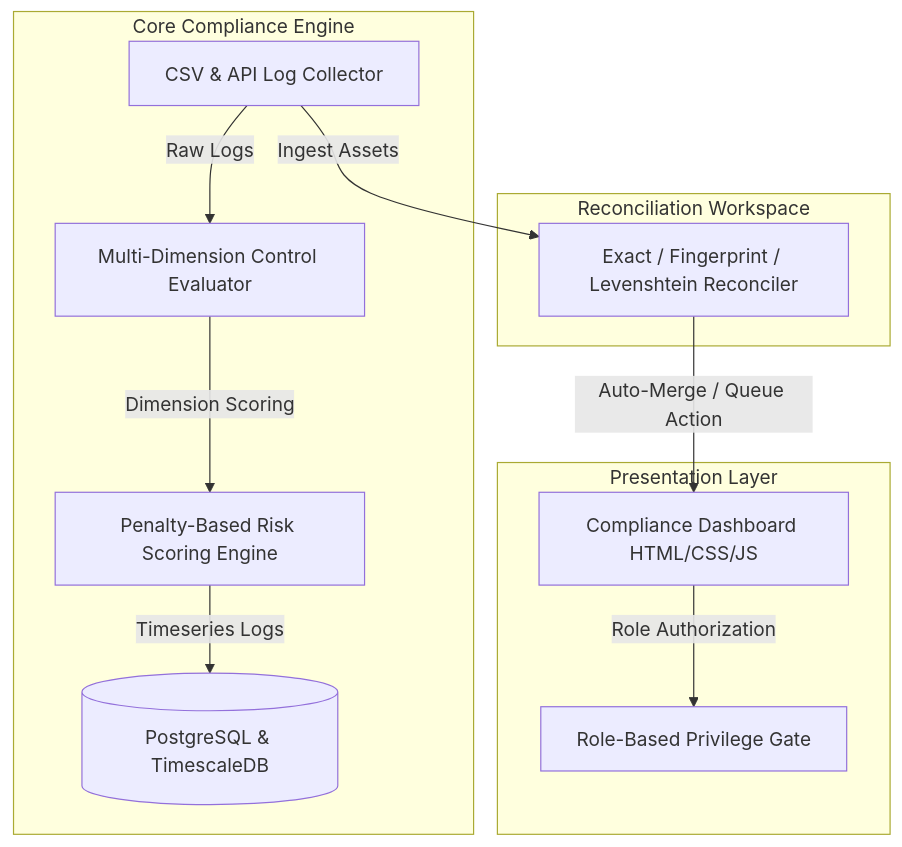
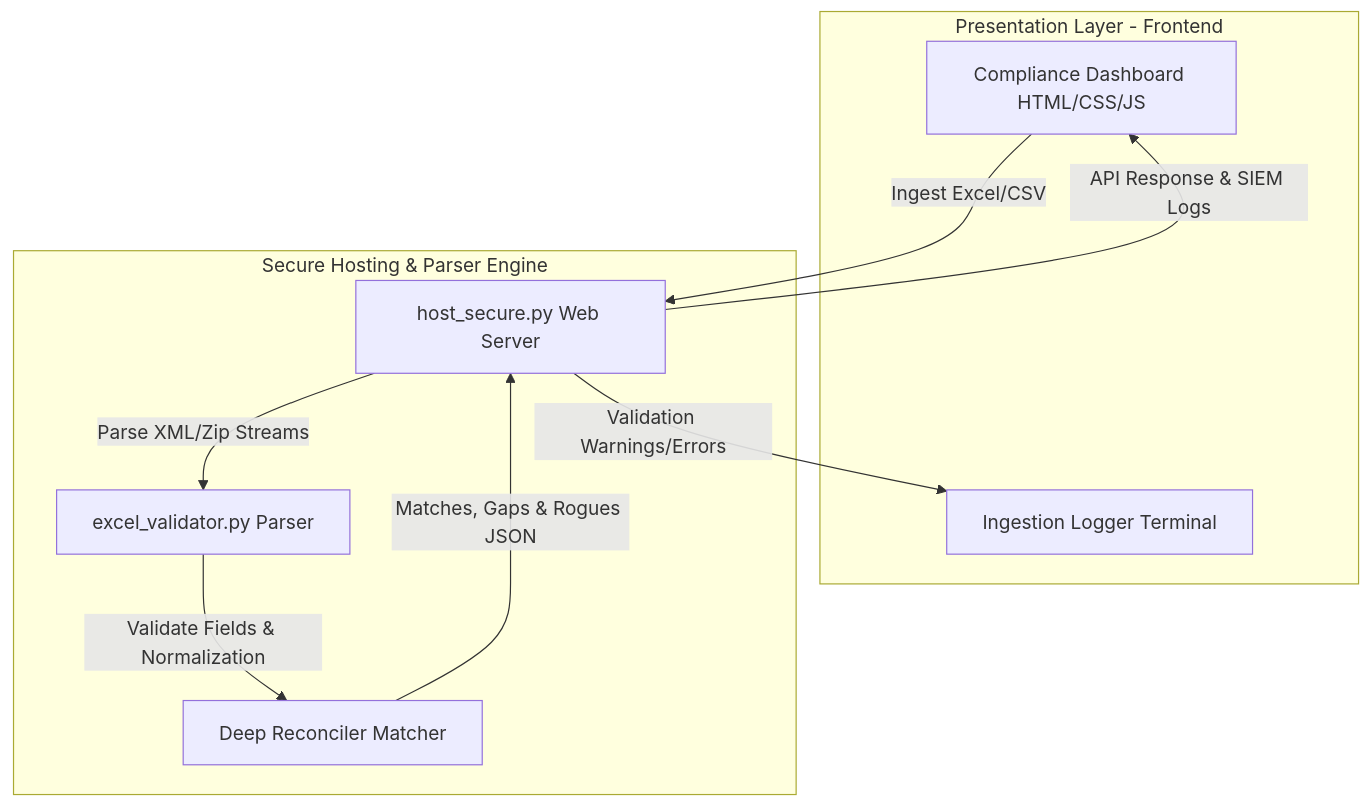
Before and after one commit to ComradeCosmos/eud-compliance-dashboard-audit: the diagram in README.md, drawn with Mermaid. The commit also changed other lines of this file and 30 other files, not shown here.

Commit message:
feat: implement secure TLS server with EUD compliance validation endpoints and static file hosting

````diff
--- a/README.md
+++ b/README.md
@@ -14,25 +17,20 @@
 ```mermaid
 graph TD
-    subgraph Frontend [Presentation Layer]
+    subgraph Browser [Presentation Layer - Frontend]
         UI[Compliance Dashboard HTML/CSS/JS]
-        RBAC[Role-Based Privilege Gate]
+        Terminal[Ingestion Logger Terminal]
     end
 
-    subgraph Backend [Core Compliance Engine]
-        Collector[CSV & API Log Collector]
-        Evaluator[Multi-Dimension Control Evaluator]
-        RiskEngine[Penalty-Based Risk Scoring Engine]
-        DB[(PostgreSQL & TimescaleDB)]
+    subgraph PythonBackend [Secure Hosting & Parser Engine]
+        Server[host_secure.py Web Server]
+        Parser[excel_validator.py Parser]
+        Reconciler[Deep Reconciler Matcher]
     end
 
-    subgraph Reconciler [Reconciliation Workspace]
-        Matcher[Exact / Fingerprint / Levenshtein Reconciler]
-    end
-
-    UI -->|Role Authorization| RBAC
-    Collector -->|Raw Logs| Evaluator
-    Evaluator -->|Dimension Scoring| RiskEngine
-    RiskEngine -->|Timeseries Logs| DB
-    Collector -->|Ingest Assets| Matcher
-    Matcher -->|Auto-Merge / Queue Action| UI
+    UI -->|Ingest Excel/CSV| Server
+    Server -->|Parse XML/Zip Streams| Parser
+    Parser -->|Validate Fields & Normalization| Reconciler
+    Reconciler -->|Matches, Gaps & Rogues JSON| Server
+    Server -->|API Response & SIEM Logs| UI
+    Server -->|Validation Warnings/Errors| Terminal
 ```
````
